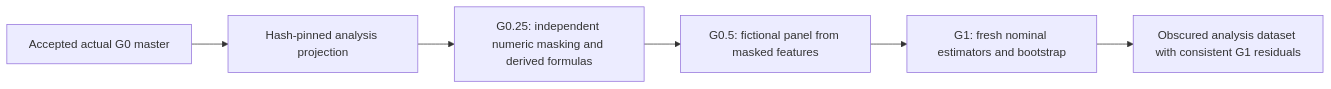
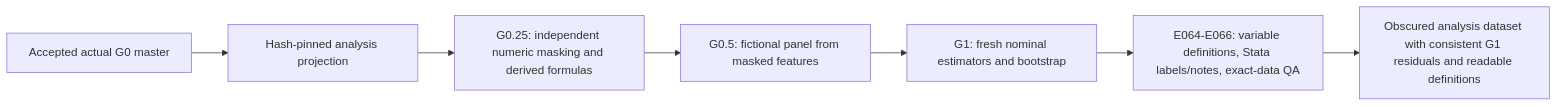
The diagram in downstream/g025_to_g1/README.md (natanaelwgm/2026-kolega-den-bps-repo), drawn with Mermaid before and after one commit. The commit also changed other lines of this file and 34 other files, not shown here.

Commit message:
Add final G1 variable definitions as validated DAG finishing edges

````diff
--- a/downstream/g025_to_g1/README.md
+++ b/downstream/g025_to_g1/README.md
@@ -7,8 +7,9 @@
 ```mermaid
 flowchart LR
     G0[Accepted actual G0 master] --> P[Hash-pinned analysis projection]
     P --> M[G0.25: independent numeric masking and derived formulas]
     M --> I[G0.5: fictional panel from masked features]
     I --> G1[G1: fresh nominal estimators and bootstrap]
-    G1 --> Final[Obscured analysis dataset with consistent G1 residuals]
+    G1 --> Metadata[E064-E066: variable definitions, Stata labels/notes, exact-data QA]
+    Metadata --> Final[Obscured analysis dataset with consistent G1 residuals and readable definitions]
 ```
````
